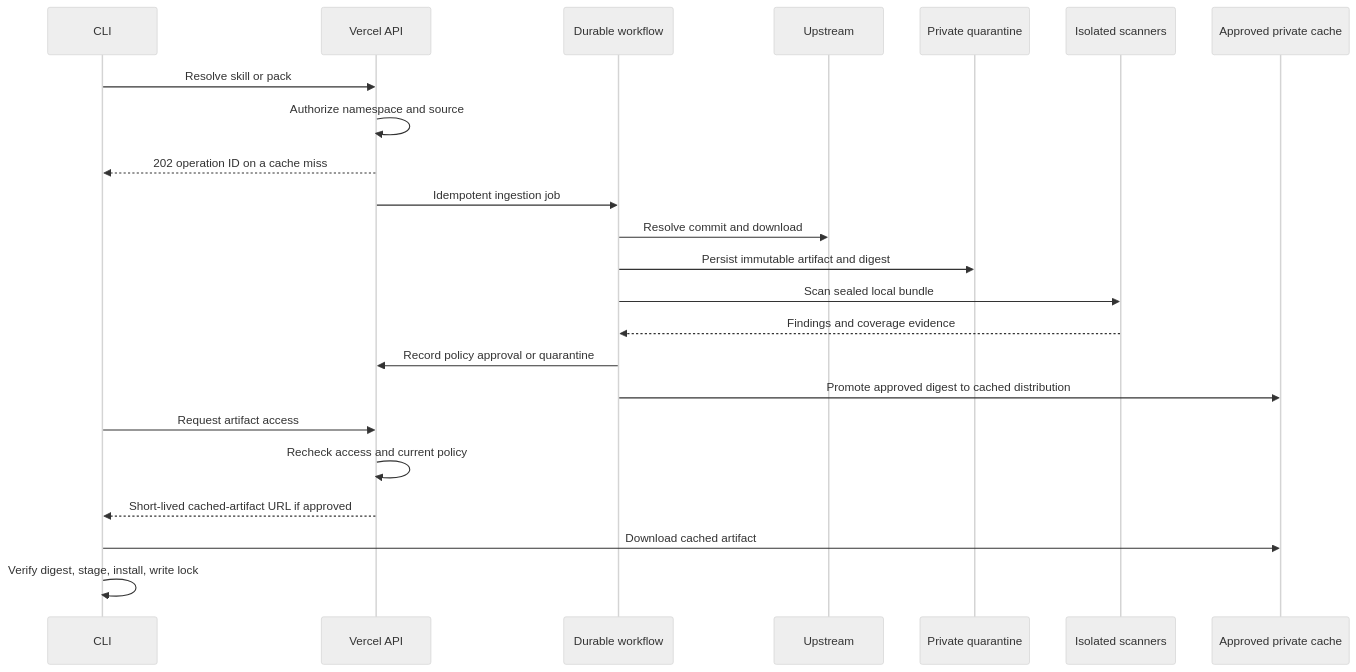
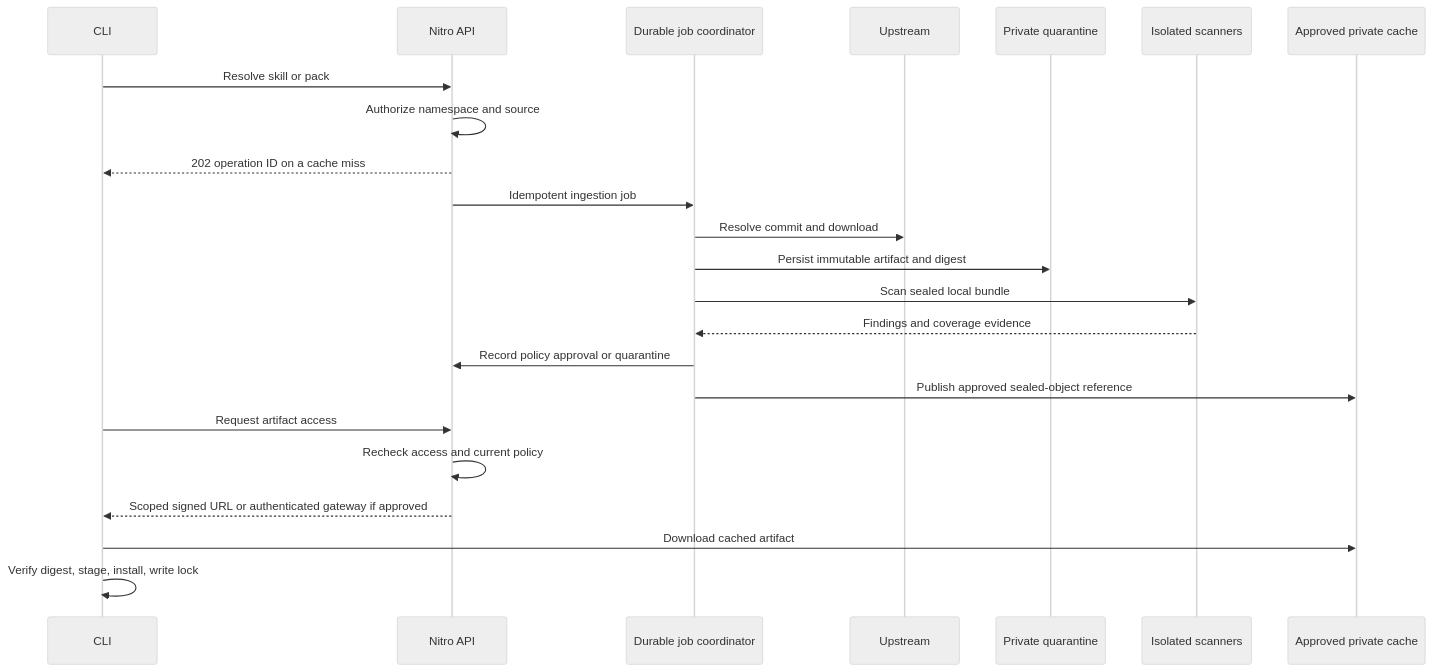
Before and after one commit to andymac4182/private-skills: the diagram in README.md, drawn with Mermaid (neutral theme). The commit also changed other lines of this file and 14 other files, not shown here.

````diff
--- a/README.md
+++ b/README.md
@@ -45,25 +46,25 @@
 ```mermaid
 sequenceDiagram
   participant C as CLI
-  participant A as Vercel API
-  participant W as Durable workflow
+  participant A as Nitro API
+  participant W as Durable job coordinator
   participant U as Upstream
   participant Q as Private quarantine
   participant S as Isolated scanners
   participant B as Approved private cache
   C->>A: Resolve skill or pack
   A->>A: Authorize namespace and source
   A-->>C: 202 operation ID on a cache miss
   A->>W: Idempotent ingestion job
   W->>U: Resolve commit and download
   W->>Q: Persist immutable artifact and digest
   W->>S: Scan sealed local bundle
   S-->>W: Findings and coverage evidence
   W->>A: Record policy approval or quarantine
-  W->>B: Promote approved digest to cached distribution
+  W->>B: Publish approved sealed-object reference
   C->>A: Request artifact access
   A->>A: Recheck access and current policy
-  A-->>C: Short-lived cached-artifact URL if approved
+  A-->>C: Scoped signed URL or authenticated gateway if approved
   C->>B: Download cached artifact
   C->>C: Verify digest, stage, install, write lock
 ```
````
